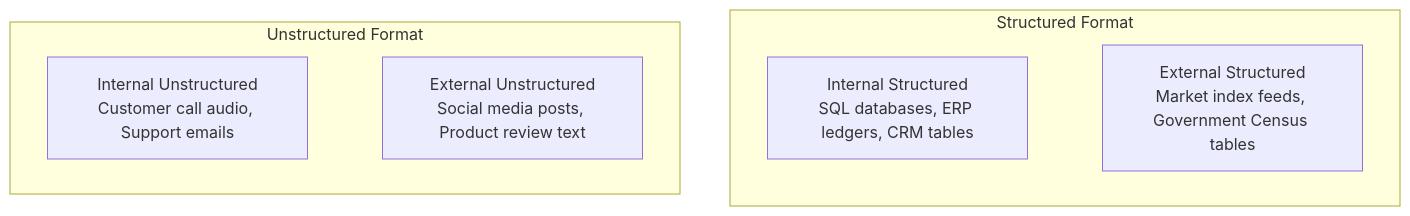
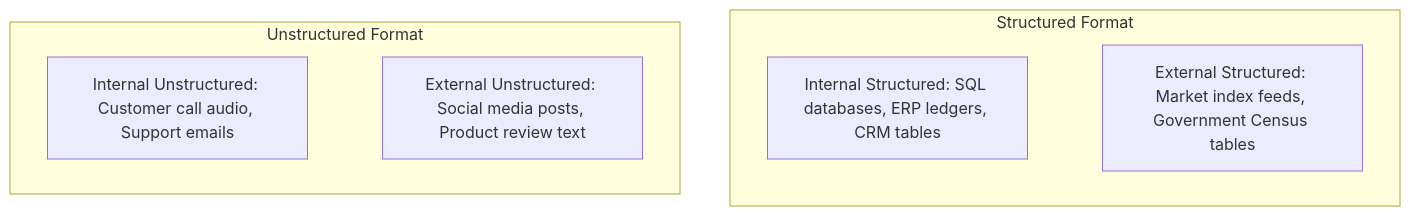
One commit to DeepLumiere/DeepSkills changed the third of 7 diagrams in notes/data_analysis/Chapter7_Introduction_to_Business_Data.md. Above: the diagram before and after it, drawn with Mermaid. The commit also changed other lines of this file and 56 other files, not shown here.

````diff
--- a/notes/data_analysis/Chapter7_Introduction_to_Business_Data.md
+++ b/notes/data_analysis/Chapter7_Introduction_to_Business_Data.md
@@ -131,13 +131,13 @@
 ```mermaid
 flowchart TD
-    subgraph Structured Format
-        Q2["Internal Structured<br/>SQL databases, ERP ledgers, CRM tables"]
-        Q1["External Structured<br/>Market index feeds, Government Census tables"]
+    subgraph Structured_Format ["Structured Format"]
+        Q2["Internal Structured: SQL databases, ERP ledgers, CRM tables"]
+        Q1["External Structured: Market index feeds, Government Census tables"]
     end
-    subgraph Unstructured Format
-        Q3["Internal Unstructured<br/>Customer call audio, Support emails"]
-        Q4["External Unstructured<br/>Social media posts, Product review text"]
+    subgraph Unstructured_Format ["Unstructured Format"]
+        Q3["Internal Unstructured: Customer call audio, Support emails"]
+        Q4["External Unstructured: Social media posts, Product review text"]
     end
     Q2 ~~~ Q1
     Q3 ~~~ Q4
 ```
````
